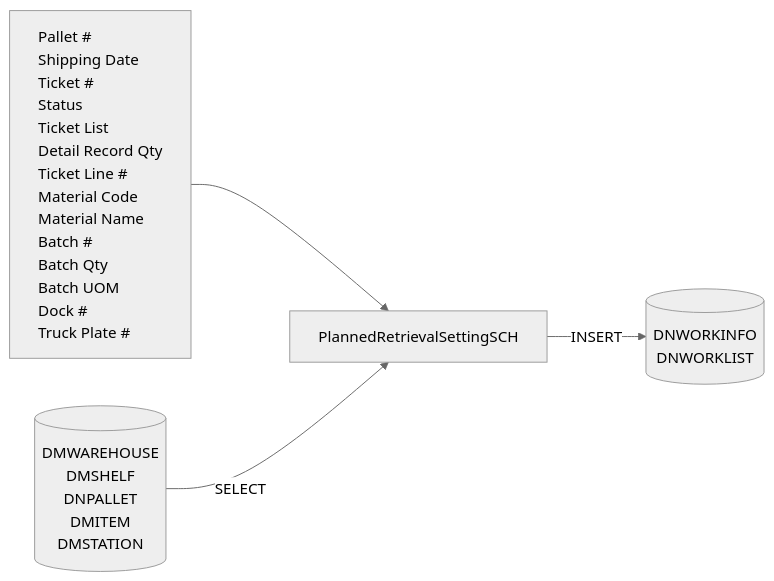
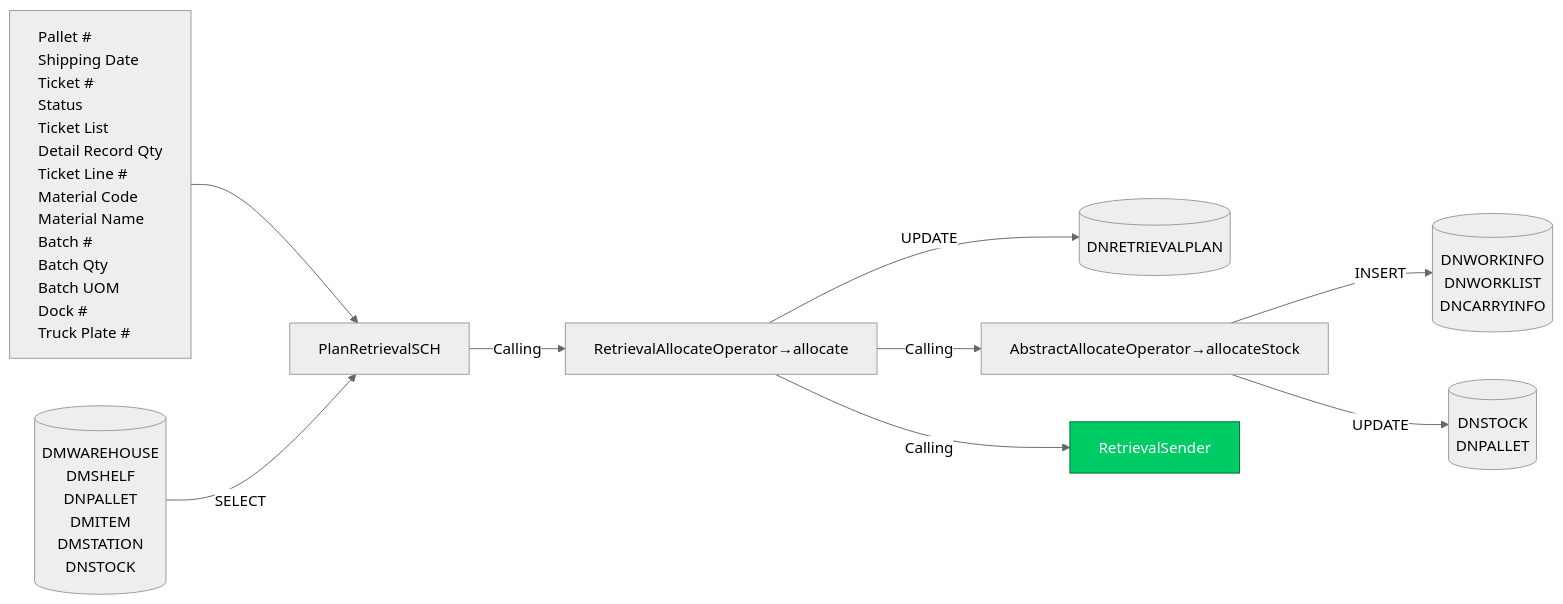
The second of 7 diagrams in Basic-Design/DFD-WMS/Retrieval/Planned-Retrieval-to-OP-Area-(PKG).md (luthfiadityaa/SimeDarby-Wiki), drawn with Mermaid (neutral theme) before and after one commit. The commit also changed other lines of this file, not shown here.

Commit message:
Updated Planned Retrieval to OP Area (PKG)

```diff
--- a/Basic-Design/DFD-WMS/Retrieval/Planned-Retrieval-to-OP-Area-(PKG).md
+++ b/Basic-Design/DFD-WMS/Retrieval/Planned-Retrieval-to-OP-Area-(PKG).md
@@ -72,40 +77,58 @@
 ::: mermaid
 flowchart LR
     input[
         Pallet #
         Shipping Date
         Ticket #
         Status
         Ticket List
         Detail Record Qty
         Ticket Line #
         Material Code
         Material Name
         Batch #
         Batch Qty
         Batch UOM
         Dock #
         Truck Plate #    
     ]
 
     tableList-insert[("
         DNWORKINFO
         DNWORKLIST
+        DNCARRYINFO
+    ")]
+
+    tableList-update[("       
+        DNSTOCK
+        DNPALLET
+    ")]
+
+    tableList-update2[("
+        DNRETRIEVALPLAN
     ")]
 
      tableList-select[("
         DMWAREHOUSE
         DMSHELF
         DNPALLET
         DMITEM
         DMSTATION
+        DNSTOCK
     ")]
 
-    className[PlannedRetrievalSettingSCH]
+    className[PlanRetrievalSCH]
+    className--> |Calling| methodName[RetrievalAllocateOperator→allocate] 
+    methodName--> |Calling| methodName2[AbstractAllocateOperator→allocateStock]--> |INSERT| tableList-insert
+    input --> className
+    tableList-select --> |SELECT| className
+    methodName--> |Calling| P1[RetrievalSender]
+    methodName2--> |UPDATE| tableList-update
+    methodName--> |UPDATE| tableList-update2
 
-    input --> className --> |INSERT| tableList-insert
-    tableList-select --> |SELECT| className
+    click P1 "https://dev.azure.com/Daifuku-SW/ID_SimeDarbyPlantation/_wiki/wikis/ID_SimeDarbyPlantation.wiki/956/Stacked-Empty-Pallet?anchor=retrieval-sender" "Go to Retrieval Retrieval Sender"
+    style P1 fill:#00cc66,stroke:#006633,color:#ffffff
 
     classDef leftAlign text-align:left;
     class input leftAlign;
 :::
```
